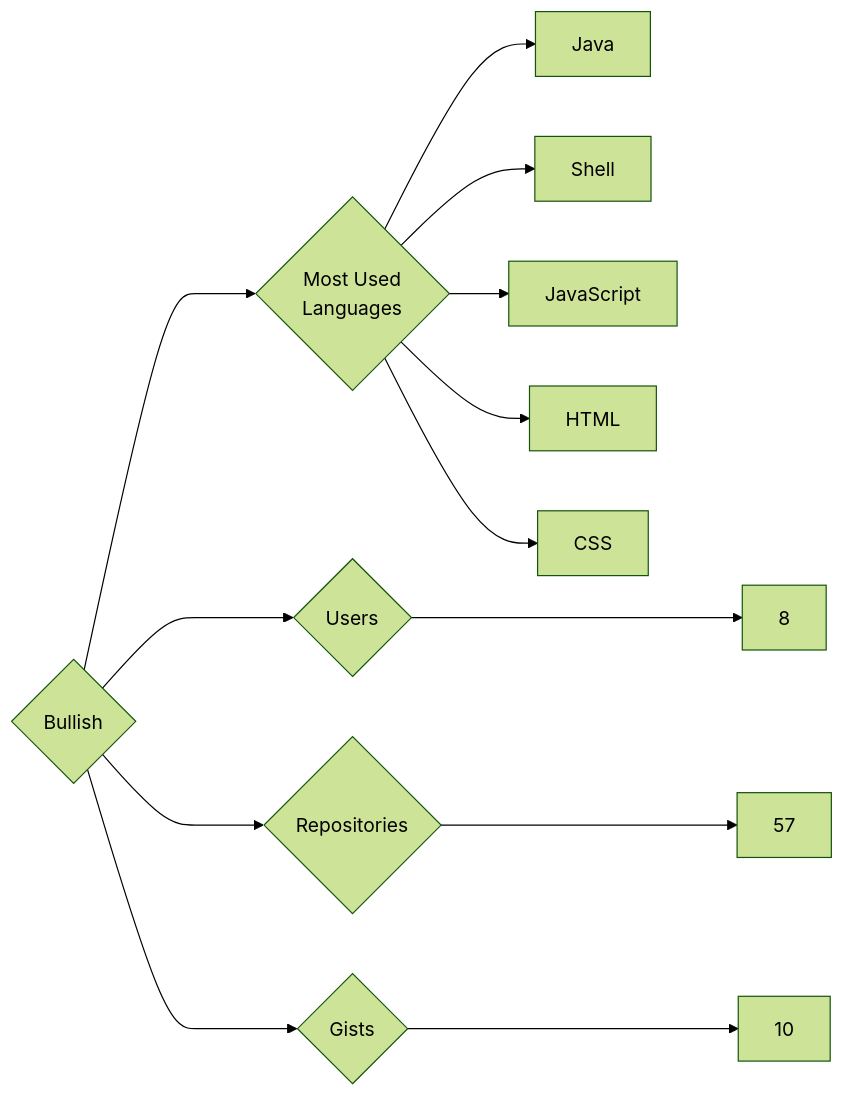
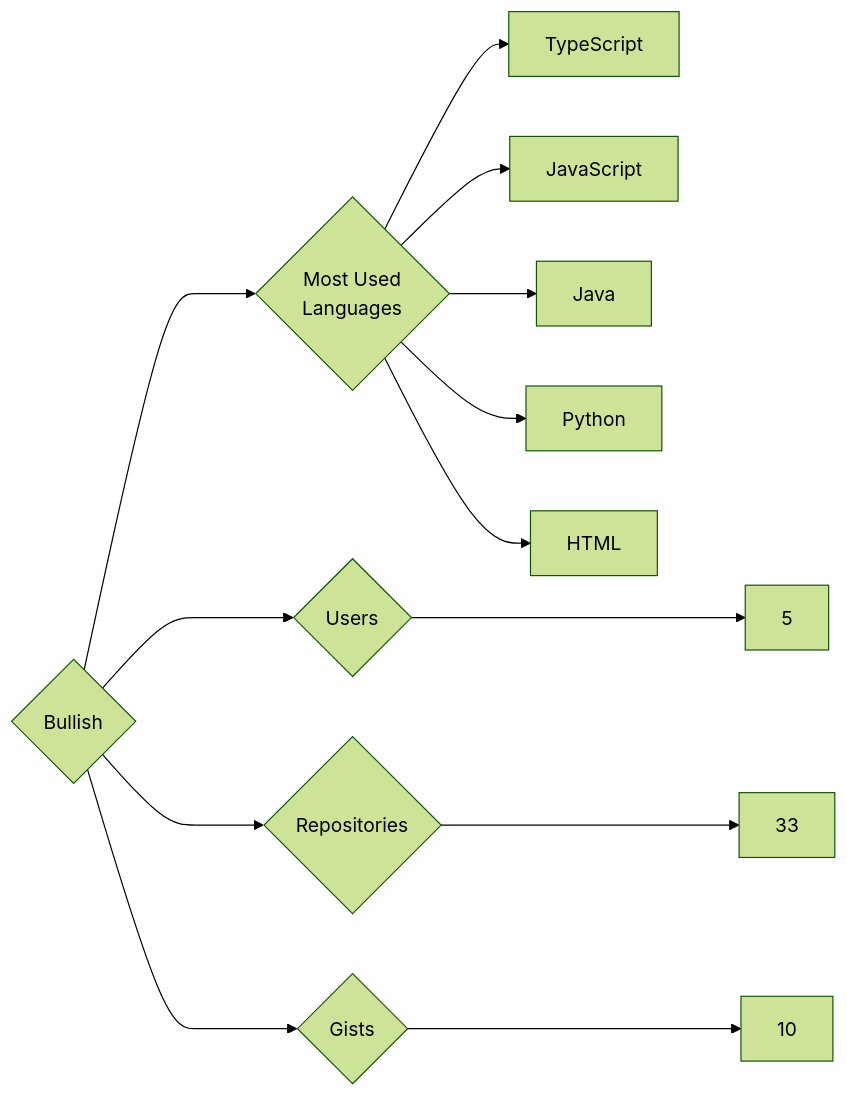
One commit to trickest/insiders changed the diagram in targets/Bullish/README.md. Above: the diagram before and after it, drawn with Mermaid (forest theme). The commit also changed 1023 other files, not shown here.

````diff
--- a/targets/Bullish/README.md
+++ b/targets/Bullish/README.md
@@ -3,13 +3,13 @@
 ```mermaid
 graph LR
 COMPANY_NAME{Bullish}
-COMPANY_NAME ---> U{Users} ---> UN[8]
-COMPANY_NAME ---> R{Repositories} ---> RN[57]
+COMPANY_NAME ---> U{Users} ---> UN[5]
+COMPANY_NAME ---> R{Repositories} ---> RN[33]
 COMPANY_NAME ---> G{Gists} ---> GN[10]
 COMPANY_NAME ---> ML{Most Used<br>Languages}
+ML --> TypeScript[TypeScript]
+ML --> JavaScript[JavaScript]
 ML --> Java[Java]
-ML --> Shell[Shell]
-ML --> JavaScript[JavaScript]
+ML --> Python[Python]
 ML --> HTML[HTML]
-ML --> CSS[CSS]
 ```
````
